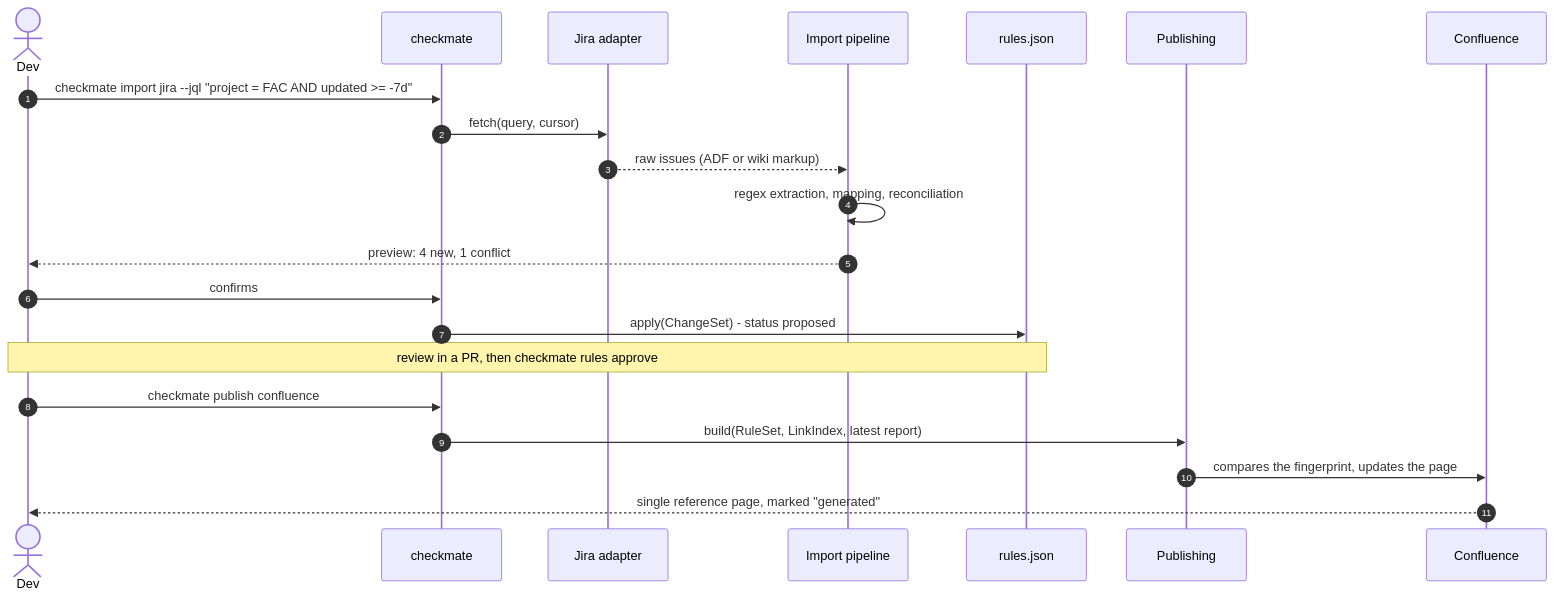
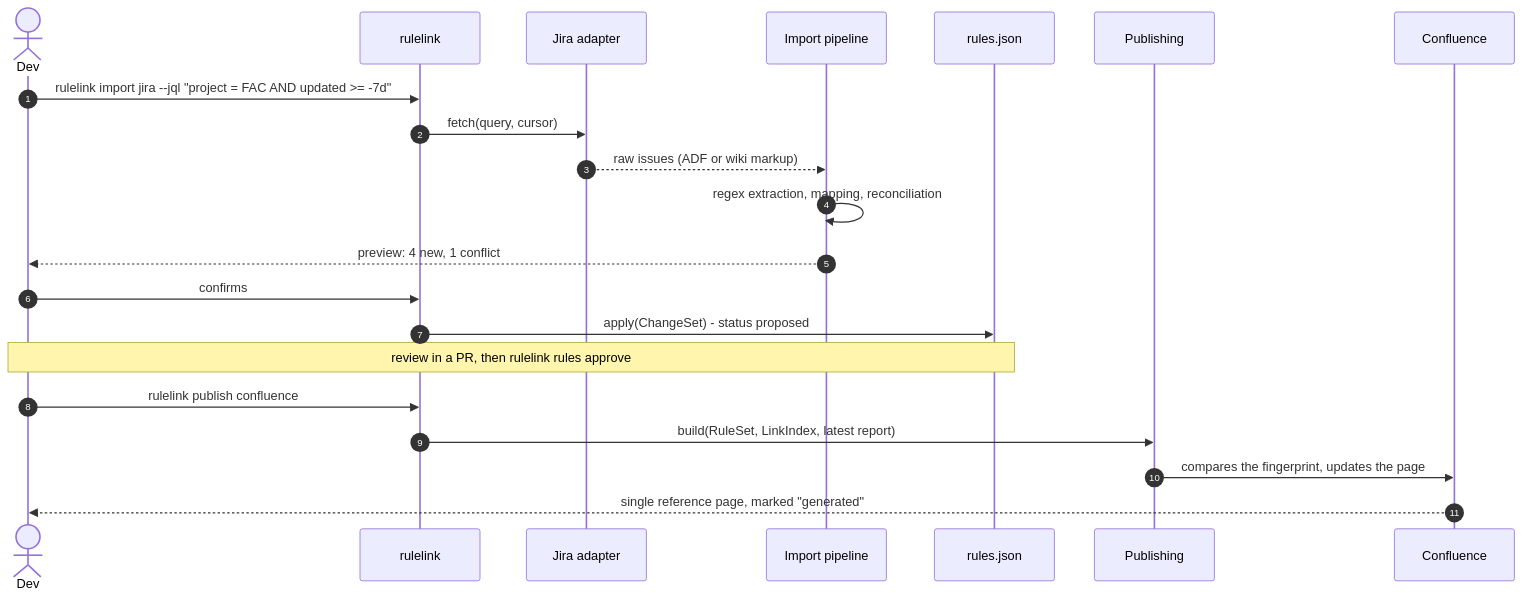
Before and after one commit to E-Jacques/Rulelink: the seventh of 7 diagrams in docs/architecture/00-global-architecture.md, drawn with Mermaid. The commit also changed other lines of this file and 126 other files, not shown here.

First line of the commit message:
chore: rename the project from Checkmate to Rulelink (#6)

````diff
--- a/docs/architecture/00-global-architecture.md
+++ b/docs/architecture/00-global-architecture.md
@@ -312,24 +312,24 @@
 ```mermaid
 sequenceDiagram
     autonumber
     actor Dev
-    participant CLI as checkmate
+    participant CLI as rulelink
     participant JI as Jira adapter
     participant IMP as Import pipeline
     participant SRC as rules.json
     participant PUB as Publishing
     participant CF as Confluence
 
-    Dev->>CLI: checkmate import jira --jql "project = FAC AND updated >= -7d"
+    Dev->>CLI: rulelink import jira --jql "project = FAC AND updated >= -7d"
     CLI->>JI: fetch(query, cursor)
     JI-->>IMP: raw issues (ADF or wiki markup)
     IMP->>IMP: regex extraction, mapping, reconciliation
     IMP-->>Dev: preview: 4 new, 1 conflict
     Dev->>CLI: confirms
     CLI->>SRC: apply(ChangeSet) - status proposed
-    Note over Dev,SRC: review in a PR, then checkmate rules approve
-    Dev->>CLI: checkmate publish confluence
+    Note over Dev,SRC: review in a PR, then rulelink rules approve
+    Dev->>CLI: rulelink publish confluence
     CLI->>PUB: build(RuleSet, LinkIndex, latest report)
     PUB->>CF: compares the fingerprint, updates the page
     CF-->>Dev: single reference page, marked "generated"
 ```
````
